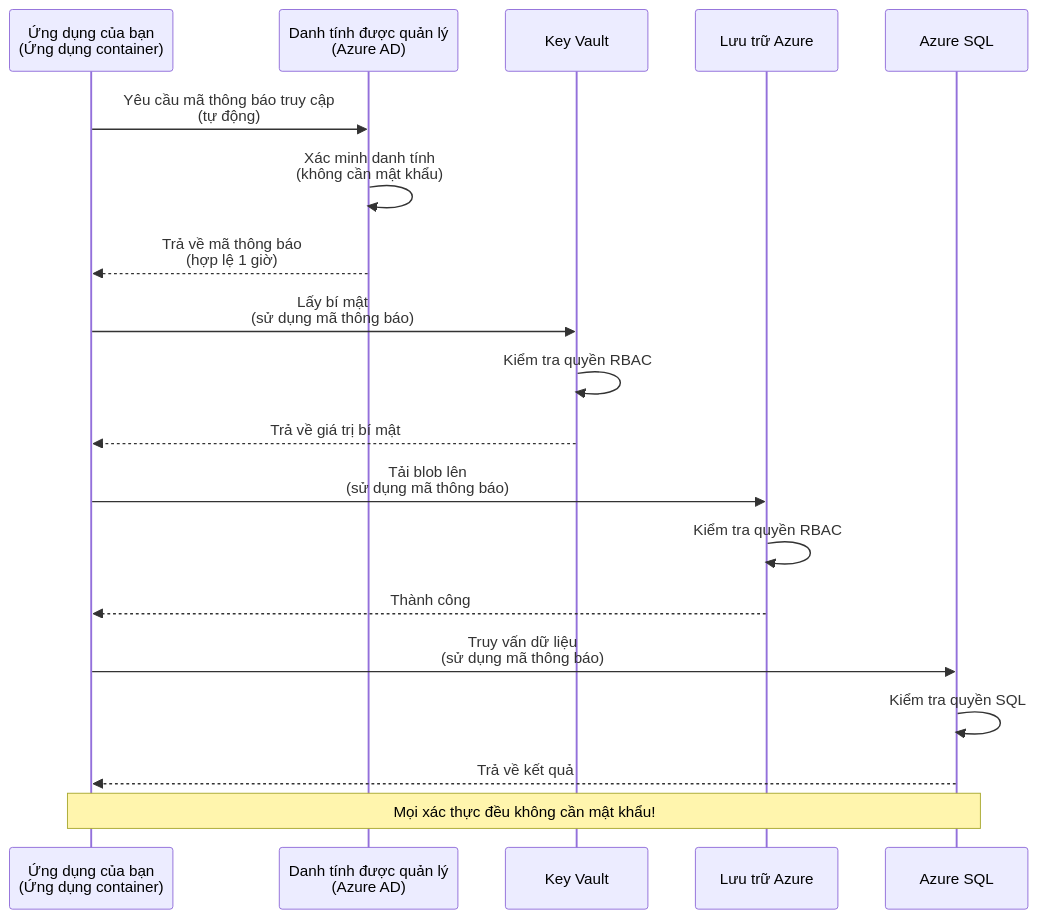
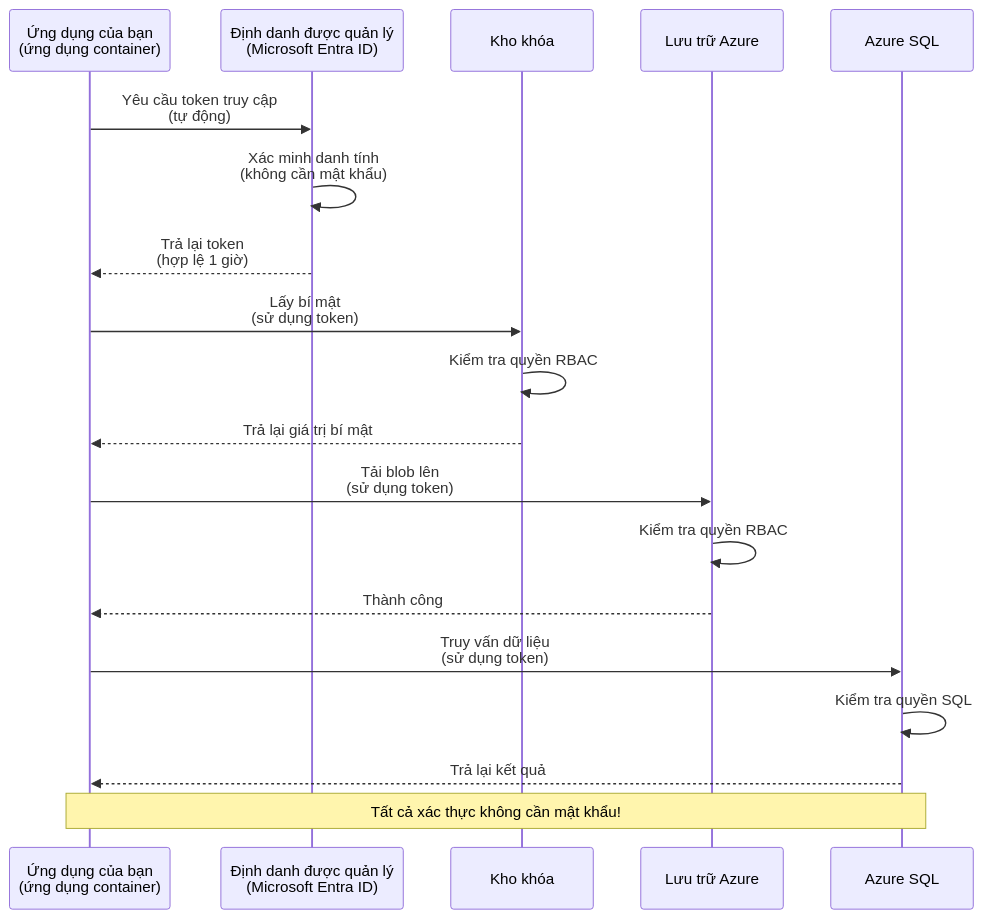
Before and after one commit to microsoft/AZD-for-beginners: the first of 2 diagrams in translations/vi/docs/chapter-03-configuration/authsecurity.md, drawn with Mermaid. The commit also changed other lines of this file and 104 other files, not shown here.

````diff
--- a/translations/vi/docs/chapter-03-configuration/authsecurity.md
+++ b/translations/vi/docs/chapter-03-configuration/authsecurity.md
@@ -69,26 +69,26 @@
 ```mermaid
 sequenceDiagram
-    participant App as Ứng dụng của bạn<br/>(Ứng dụng container)
-    participant MI as Danh tính được quản lý<br/>(Azure AD)
-    participant KV as Key Vault
+    participant App as Ứng dụng của bạn<br/>(ứng dụng container)
+    participant MI as Định danh được quản lý<br/>(Microsoft Entra ID)
+    participant KV as Kho khóa
     participant Storage as Lưu trữ Azure
     participant DB as Azure SQL
     
-    App->>MI: Yêu cầu mã thông báo truy cập<br/>(tự động)
+    App->>MI: Yêu cầu token truy cập<br/>(tự động)
     MI->>MI: Xác minh danh tính<br/>(không cần mật khẩu)
-    MI-->>App: Trả về mã thông báo<br/>(hợp lệ 1 giờ)
+    MI-->>App: Trả lại token<br/>(hợp lệ 1 giờ)
     
-    App->>KV: Lấy bí mật<br/>(sử dụng mã thông báo)
+    App->>KV: Lấy bí mật<br/>(sử dụng token)
     KV->>KV: Kiểm tra quyền RBAC
-    KV-->>App: Trả về giá trị bí mật
+    KV-->>App: Trả lại giá trị bí mật
     
-    App->>Storage: Tải blob lên<br/>(sử dụng mã thông báo)
+    App->>Storage: Tải blob lên<br/>(sử dụng token)
     Storage->>Storage: Kiểm tra quyền RBAC
     Storage-->>App: Thành công
     
-    App->>DB: Truy vấn dữ liệu<br/>(sử dụng mã thông báo)
+    App->>DB: Truy vấn dữ liệu<br/>(sử dụng token)
     DB->>DB: Kiểm tra quyền SQL
-    DB-->>App: Trả về kết quả
+    DB-->>App: Trả lại kết quả
     
-    Note over App,DB: Mọi xác thực đều không cần mật khẩu!
+    Note over App,DB: Tất cả xác thực không cần mật khẩu!
 ```
````
